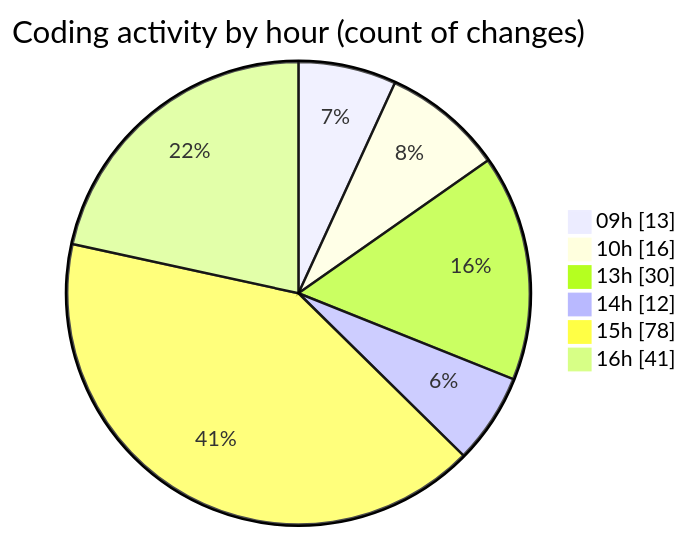
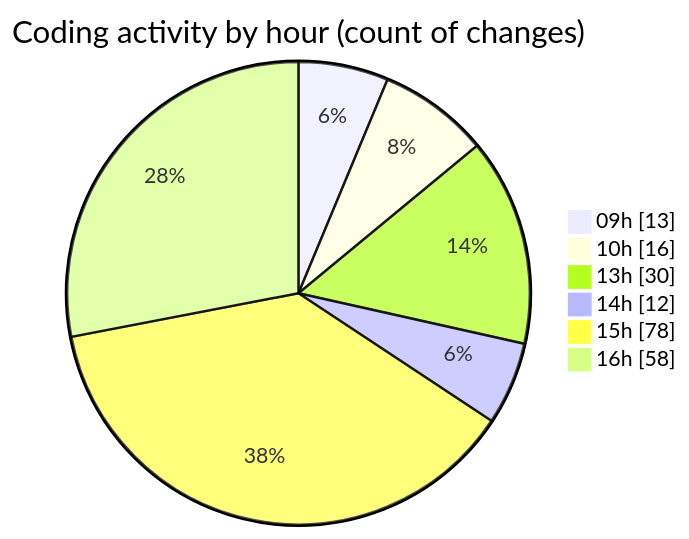
Before and after one commit to momahboobian/code-tracking: the second of 2 diagrams in 2025-03-31/cda/README.md, drawn with Mermaid. The commit also changed other lines of this file and 1 other file, not shown here.

````diff
--- a/2025-03-31/cda/README.md
+++ b/2025-03-31/cda/README.md
@@ -50,10 +50,10 @@
 ```mermaid
 pie showData
 title Coding activity by hour (count of changes)
 "09h" : 13
 "10h" : 16
 "13h" : 30
 "14h" : 12
 "15h" : 78
-"16h" : 41
+"16h" : 58
 ```
````
